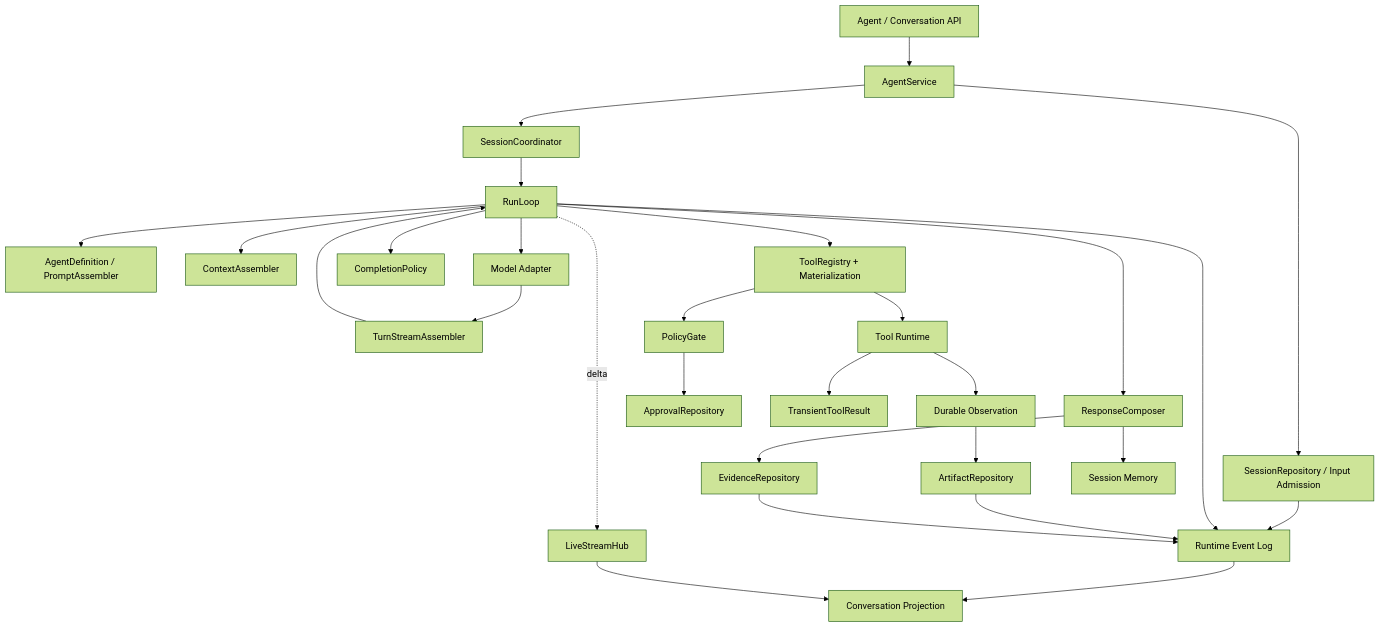
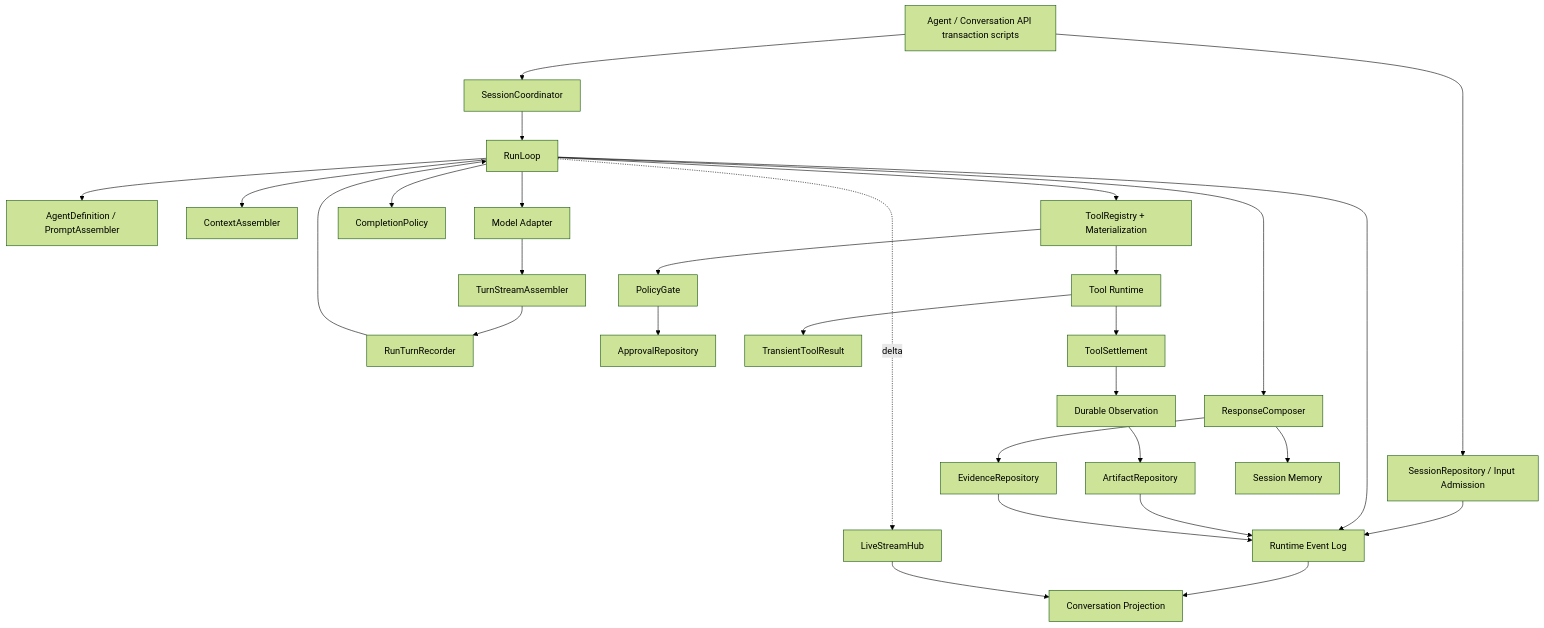
One commit to trrueee/DBFox changed the first of 10 diagrams in docs/architecture/agent-runtime.md. Above: the diagram before and after it, drawn with Mermaid (forest theme). The commit also changed other lines of this file and 86 other files, not shown here.

````diff
--- a/docs/architecture/agent-runtime.md
+++ b/docs/architecture/agent-runtime.md
@@ -24,35 +24,36 @@
 ```mermaid
 flowchart TB
-  API["Agent / Conversation API"] --> SERVICE["AgentService"]
-  SERVICE --> ADMISSION["SessionRepository / Input Admission"]
-  SERVICE --> COORD["SessionCoordinator"]
+  API["Agent / Conversation API transaction scripts"] --> ADMISSION["SessionRepository / Input Admission"]
+  API --> COORD["SessionCoordinator"]
   COORD --> LOOP["RunLoop"]
 
   LOOP --> DEF["AgentDefinition / PromptAssembler"]
   LOOP --> CONTEXT["ContextAssembler"]
   LOOP --> MODEL["Model Adapter"]
   LOOP --> COMPLETE["CompletionPolicy"]
   LOOP --> RESPONSE["ResponseComposer"]
 
   MODEL --> STREAM["TurnStreamAssembler"]
-  STREAM --> LOOP
+  STREAM --> RECORDER["RunTurnRecorder"]
+  RECORDER --> LOOP
 
   LOOP --> TOOLS["ToolRegistry + Materialization"]
   TOOLS --> POLICY["PolicyGate"]
   POLICY --> APPROVAL["ApprovalRepository"]
   TOOLS --> RUNTIME["Tool Runtime"]
   RUNTIME --> TRANSIENT["TransientToolResult"]
-  RUNTIME --> OBS["Durable Observation"]
+  RUNTIME --> SETTLE["ToolSettlement"]
+  SETTLE --> OBS["Durable Observation"]
 
   OBS --> ART["ArtifactRepository"]
   RESPONSE --> EVIDENCE["EvidenceRepository"]
   RESPONSE --> MEMORY["Session Memory"]
 
   ADMISSION --> EVENT["Runtime Event Log"]
   LOOP --> EVENT
   ART --> EVENT
   EVIDENCE --> EVENT
   LOOP -. "delta" .-> LIVE["LiveStreamHub"]
   EVENT --> PROJECTION["Conversation Projection"]
   LIVE --> PROJECTION
 ```
````
